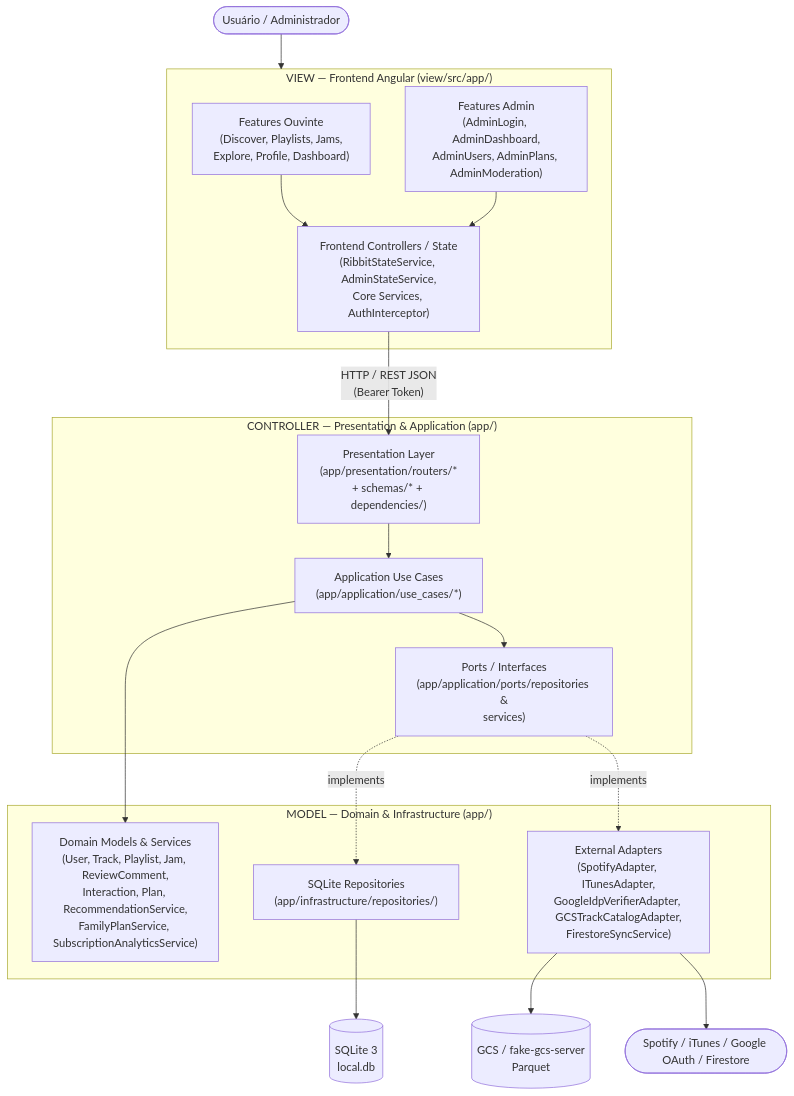
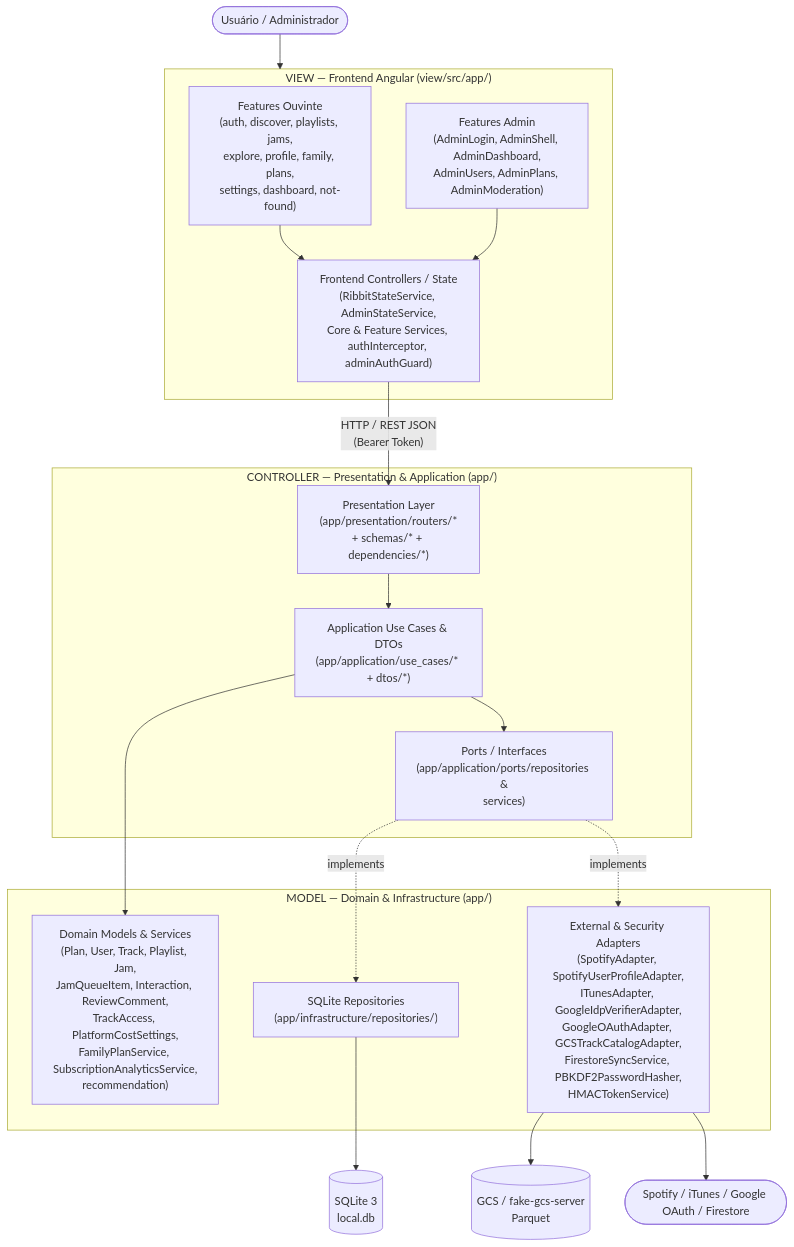
One commit to gabrielGAGRA/Ribbit-music-api-app changed the first of 3 diagrams in README.md. Above: the diagram before and after it, drawn with Mermaid. The commit also changed other lines of this file, not shown here.

First line of the commit message:
fix(docs): Update README features, diagrams, and test counts

````diff
--- a/README.md
+++ b/README.md
@@ -273,35 +275,35 @@
 ```mermaid
 flowchart TB
     User([Usuário / Administrador]) --> View
 
     subgraph View["VIEW — Frontend Angular (view/src/app/)"]
-        ListenerUI["Features Ouvinte<br/>(Discover, Playlists, Jams,<br/>Explore, Profile, Dashboard)"]
-        AdminUI["Features Admin<br/>(AdminLogin, AdminDashboard,<br/>AdminUsers, AdminPlans, AdminModeration)"]
-        FEController["Frontend Controllers / State<br/>(RibbitStateService, AdminStateService,<br/>Core Services, AuthInterceptor)"]
+        ListenerUI["Features Ouvinte<br/>(auth, discover, playlists, jams,<br/>explore, profile, family, plans,<br/>settings, dashboard, not-found)"]
+        AdminUI["Features Admin<br/>(AdminLogin, AdminShell, AdminDashboard,<br/>AdminUsers, AdminPlans, AdminModeration)"]
+        FEController["Frontend Controllers / State<br/>(RibbitStateService, AdminStateService,<br/>Core & Feature Services, authInterceptor, adminAuthGuard)"]
         ListenerUI --> FEController
         AdminUI --> FEController
     end
 
     FEController -->|"HTTP / REST JSON<br/>(Bearer Token)"| Presentation
 
     subgraph Controller["CONTROLLER — Presentation & Application (app/)"]
-        Presentation["Presentation Layer<br/>(app/presentation/routers/*<br/>+ schemas/* + dependencies/)"]
-        UseCases["Application Use Cases<br/>(app/application/use_cases/*)"]
+        Presentation["Presentation Layer<br/>(app/presentation/routers/*<br/>+ schemas/* + dependencies/*)"]
+        UseCases["Application Use Cases & DTOs<br/>(app/application/use_cases/* + dtos/*)"]
         Ports["Ports / Interfaces<br/>(app/application/ports/repositories &<br/>services)"]
         Presentation --> UseCases
         UseCases --> Ports
     end
 
     subgraph Model["MODEL — Domain & Infrastructure (app/)"]
-        Domain["Domain Models & Services<br/>(User, Track, Playlist, Jam, ReviewComment,<br/>Interaction, Plan, RecommendationService,<br/>FamilyPlanService, SubscriptionAnalyticsService)"]
+        Domain["Domain Models & Services<br/>(Plan, User, Track, Playlist, Jam,<br/>JamQueueItem, Interaction, ReviewComment,<br/>TrackAccess, PlatformCostSettings,<br/>FamilyPlanService, SubscriptionAnalyticsService,<br/>recommendation)"]
         SQLiteRepo["SQLite Repositories<br/>(app/infrastructure/repositories/)"]
-        ExtAdapters["External Adapters<br/>(SpotifyAdapter, ITunesAdapter,<br/>GoogleIdpVerifierAdapter, GCSTrackCatalogAdapter,<br/>FirestoreSyncService)"]
+        ExtAdapters["External & Security Adapters<br/>(SpotifyAdapter, SpotifyUserProfileAdapter,<br/>ITunesAdapter, GoogleIdpVerifierAdapter,<br/>GoogleOAuthAdapter, GCSTrackCatalogAdapter,<br/>FirestoreSyncService, PBKDF2PasswordHasher,<br/>HMACTokenService)"]
         UseCases --> Domain
         Ports -.->|implements| SQLiteRepo
         Ports -.->|implements| ExtAdapters
     end
 
     SQLiteRepo --> DB[(SQLite 3<br/>local.db)]
     ExtAdapters --> GCS[(GCS / fake-gcs-server<br/>Parquet)]
     ExtAdapters --> ExtAPIs([Spotify / iTunes / Google OAuth / Firestore])
 ```
````
